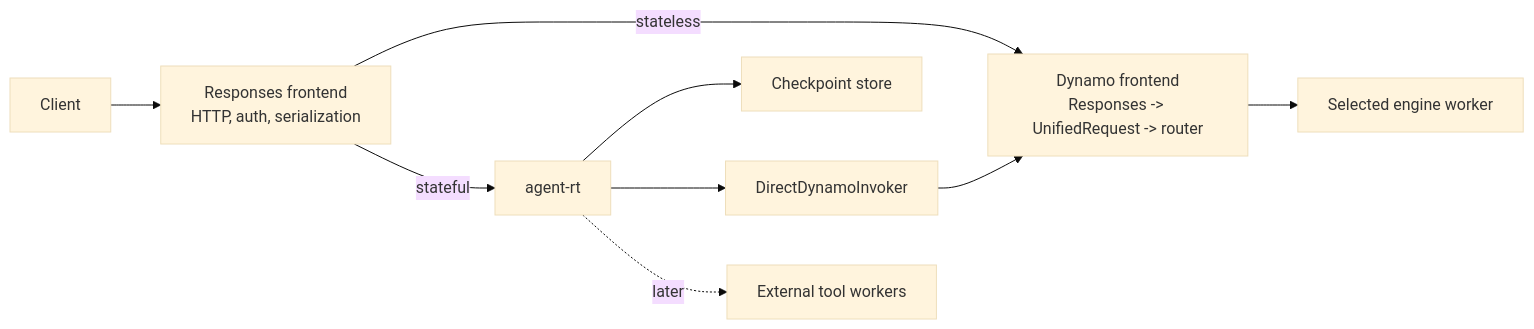
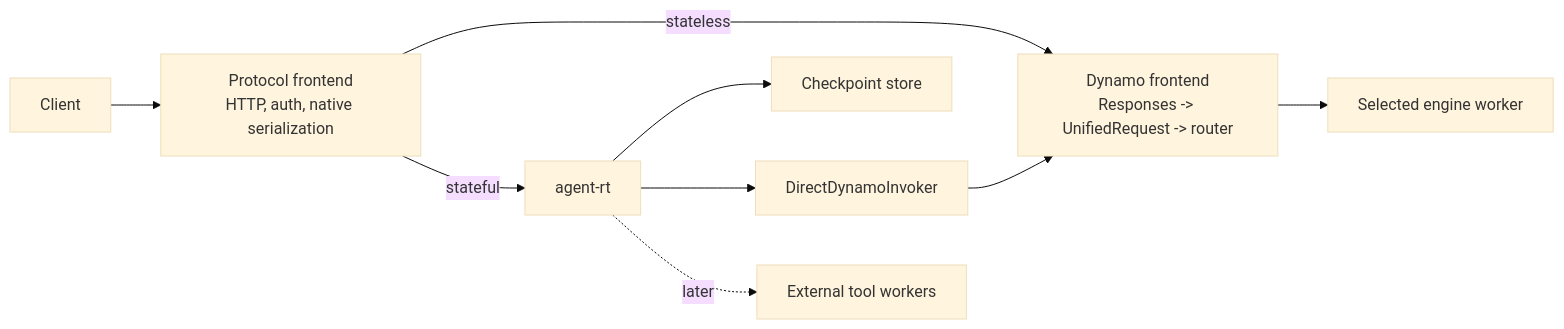
One commit to ai-dynamo/dynamo changed the first of 3 diagrams in docs/design/stateful-agent-runtime.md. Above: the diagram before and after it, drawn with Mermaid (base theme). The commit also changed other lines of this file, not shown here.

Commit message:
docs: extend agent runtime to native protocols

````diff
--- a/docs/design/stateful-agent-runtime.md
+++ b/docs/design/stateful-agent-runtime.md
@@ -120,11 +133,11 @@
 ```mermaid
 flowchart LR
-  C["Client"] --> F["Responses frontend\nHTTP, auth, serialization"]
+  C["Client"] --> F["Protocol frontend\nHTTP, auth, native serialization"]
   F -->|"stateless"| D["Dynamo frontend\nResponses -> UnifiedRequest -> router"]
   F -->|"stateful"| R["agent-rt"]
   R --> S["Checkpoint store"]
   R --> I["DirectDynamoInvoker"]
   I --> D
   D --> W["Selected engine worker"]
   R -. "later" .-> T["External tool workers"]
 ```
````
